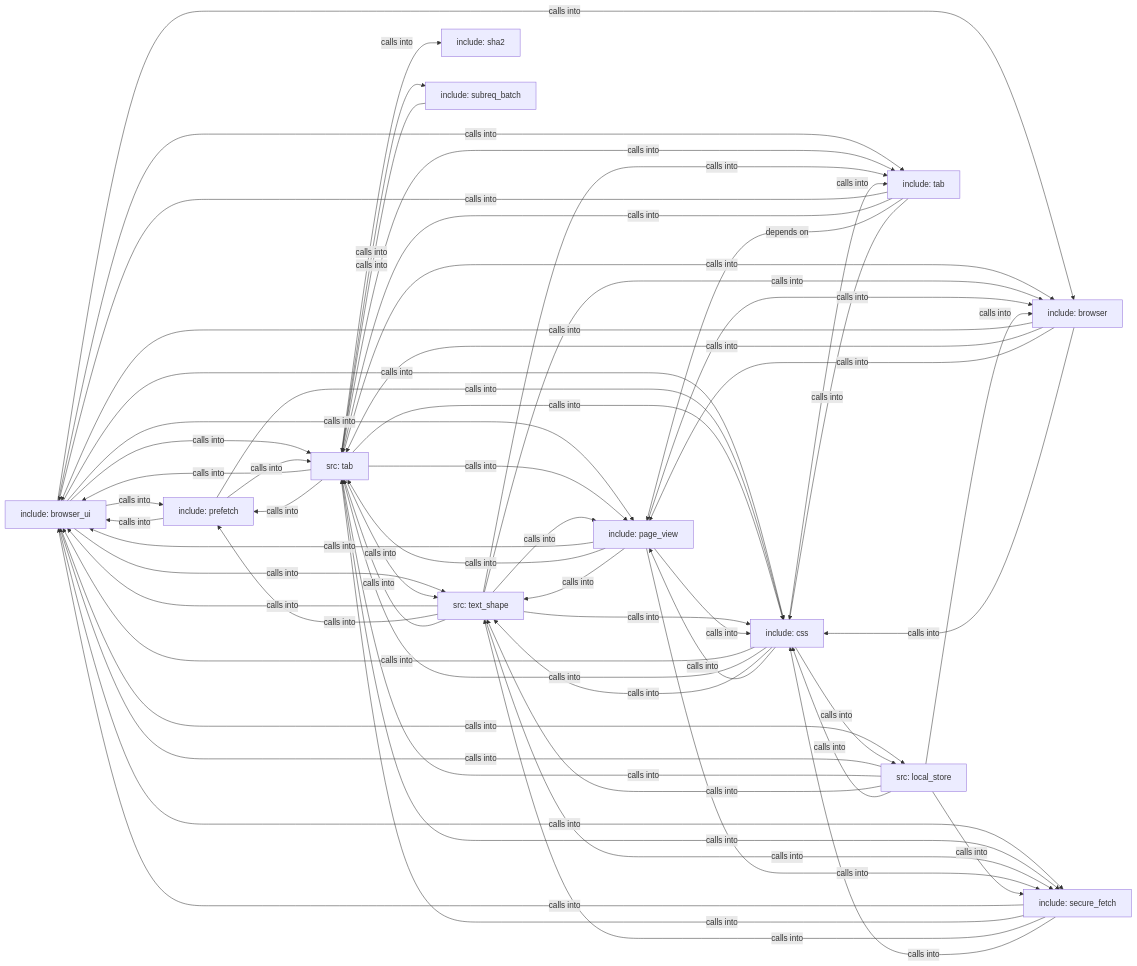
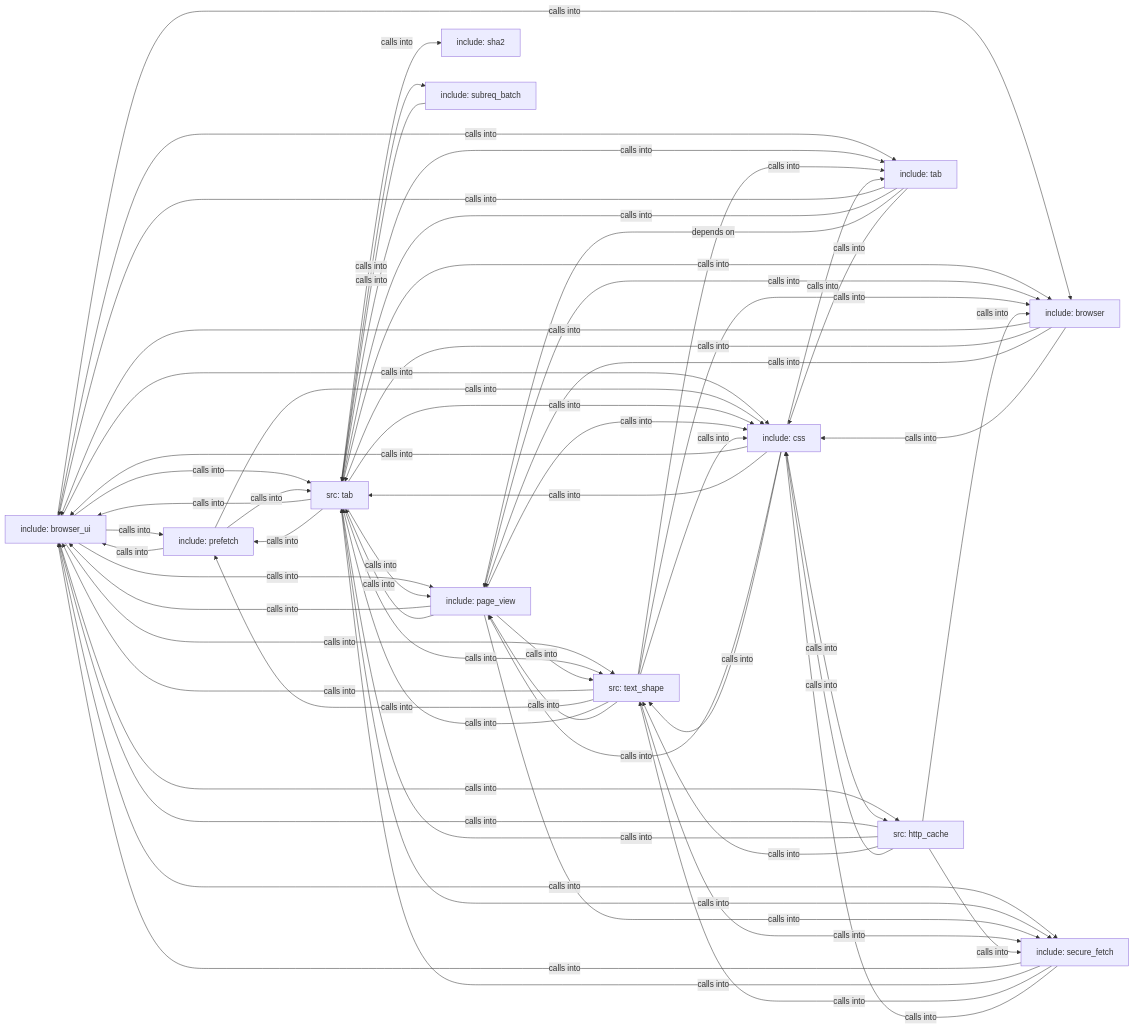
The diagram in readmenator-diagrams/overview.md (grisuno/FreeDom), drawn with Mermaid before and after one commit. The commit also changed other lines of this file and 263 other files, not shown here.

```diff
--- a/readmenator-diagrams/overview.md
+++ b/readmenator-diagrams/overview.md
@@ -2,11 +2,11 @@
 graph LR
     include_browser_ui["include: browser_ui"]
     src_tab["src: tab"]
+    include_page_view["include: page_view"]
     src_text_shape["src: text_shape"]
-    include_page_view["include: page_view"]
     include_css["include: css"]
     include_browser["include: browser"]
-    src_local_store["src: local_store"]
+    src_http_cache["src: http_cache"]
     include_secure_fetch["include: secure_fetch"]
     include_tab["include: tab"]
     include_prefetch["include: prefetch"]
@@ -14,11 +14,11 @@
     include_subreq_batch["include: subreq_batch"]
     include_browser_ui -- "calls into" --> include_prefetch
     include_browser_ui -- "calls into" --> src_tab
+    include_browser_ui -- "calls into" --> include_page_view
     include_browser_ui -- "calls into" --> src_text_shape
-    include_browser_ui -- "calls into" --> include_page_view
     include_browser_ui -- "calls into" --> include_css
     include_browser_ui -- "calls into" --> include_browser
-    include_browser_ui -- "calls into" --> src_local_store
+    include_browser_ui -- "calls into" --> src_http_cache
     include_browser_ui -- "calls into" --> include_secure_fetch
     include_browser_ui -- "calls into" --> include_tab
     include_prefetch -- "calls into" --> include_browser_ui
@@ -29,12 +29,18 @@
     src_tab -- "calls into" --> include_prefetch
     src_tab -- "calls into" --> include_sha2
     src_tab -- "calls into" --> include_subreq_batch
+    src_tab -- "calls into" --> include_page_view
     src_tab -- "calls into" --> src_text_shape
-    src_tab -- "calls into" --> include_page_view
     src_tab -- "calls into" --> include_css
     src_tab -- "calls into" --> include_browser
     src_tab -- "calls into" --> include_secure_fetch
     src_tab -- "calls into" --> include_tab
+    include_page_view -- "calls into" --> include_browser_ui
+    include_page_view -- "calls into" --> src_tab
+    include_page_view -- "calls into" --> src_text_shape
+    include_page_view -- "calls into" --> include_css
+    include_page_view -- "calls into" --> include_browser
+    include_page_view -- "calls into" --> include_secure_fetch
     src_text_shape -- "calls into" --> include_browser_ui
     src_text_shape -- "calls into" --> include_prefetch
     src_text_shape -- "calls into" --> src_tab
@@ -43,28 +49,22 @@
     src_text_shape -- "calls into" --> include_browser
     src_text_shape -- "calls into" --> include_secure_fetch
     src_text_shape -- "calls into" --> include_tab
-    include_page_view -- "calls into" --> include_browser_ui
-    include_page_view -- "calls into" --> src_tab
-    include_page_view -- "calls into" --> src_text_shape
-    include_page_view -- "calls into" --> include_css
-    include_page_view -- "calls into" --> include_browser
-    include_page_view -- "calls into" --> include_secure_fetch
     include_css -- "calls into" --> include_browser_ui
     include_css -- "calls into" --> src_tab
+    include_css -- "calls into" --> include_page_view
     include_css -- "calls into" --> src_text_shape
-    include_css -- "calls into" --> include_page_view
-    include_css -- "calls into" --> src_local_store
+    include_css -- "calls into" --> src_http_cache
     include_css -- "calls into" --> include_tab
     include_browser -- "calls into" --> include_browser_ui
     include_browser -- "calls into" --> src_tab
     include_browser -- "calls into" --> include_page_view
     include_browser -- "calls into" --> include_css
-    src_local_store -- "calls into" --> include_browser_ui
-    src_local_store -- "calls into" --> src_tab
-    src_local_store -- "calls into" --> src_text_shape
-    src_local_store -- "calls into" --> include_css
-    src_local_store -- "calls into" --> include_browser
-    src_local_store -- "calls into" --> include_secure_fetch
+    src_http_cache -- "calls into" --> include_browser_ui
+    src_http_cache -- "calls into" --> src_tab
+    src_http_cache -- "calls into" --> src_text_shape
+    src_http_cache -- "calls into" --> include_css
+    src_http_cache -- "calls into" --> include_browser
+    src_http_cache -- "calls into" --> include_secure_fetch
     include_secure_fetch -- "calls into" --> include_browser_ui
     include_secure_fetch -- "calls into" --> src_tab
     include_secure_fetch -- "calls into" --> src_text_shape
@@ -75,11 +75,11 @@
     include_tab -- "calls into" --> include_css
     click include_browser_ui href "./include_browser_ui.md" "Details"
     click src_tab href "./src_tab.md" "Details"
+    click include_page_view href "./include_page_view.md" "Details"
     click src_text_shape href "./src_text_shape.md" "Details"
-    click include_page_view href "./include_page_view.md" "Details"
     click include_css href "./include_css.md" "Details"
     click include_browser href "./include_browser.md" "Details"
-    click src_local_store href "./src_local_store.md" "Details"
+    click src_http_cache href "./src_http_cache.md" "Details"
     click include_secure_fetch href "./include_secure_fetch.md" "Details"
     click include_tab href "./include_tab.md" "Details"
     click include_prefetch href "./include_prefetch.md" "Details"
```
